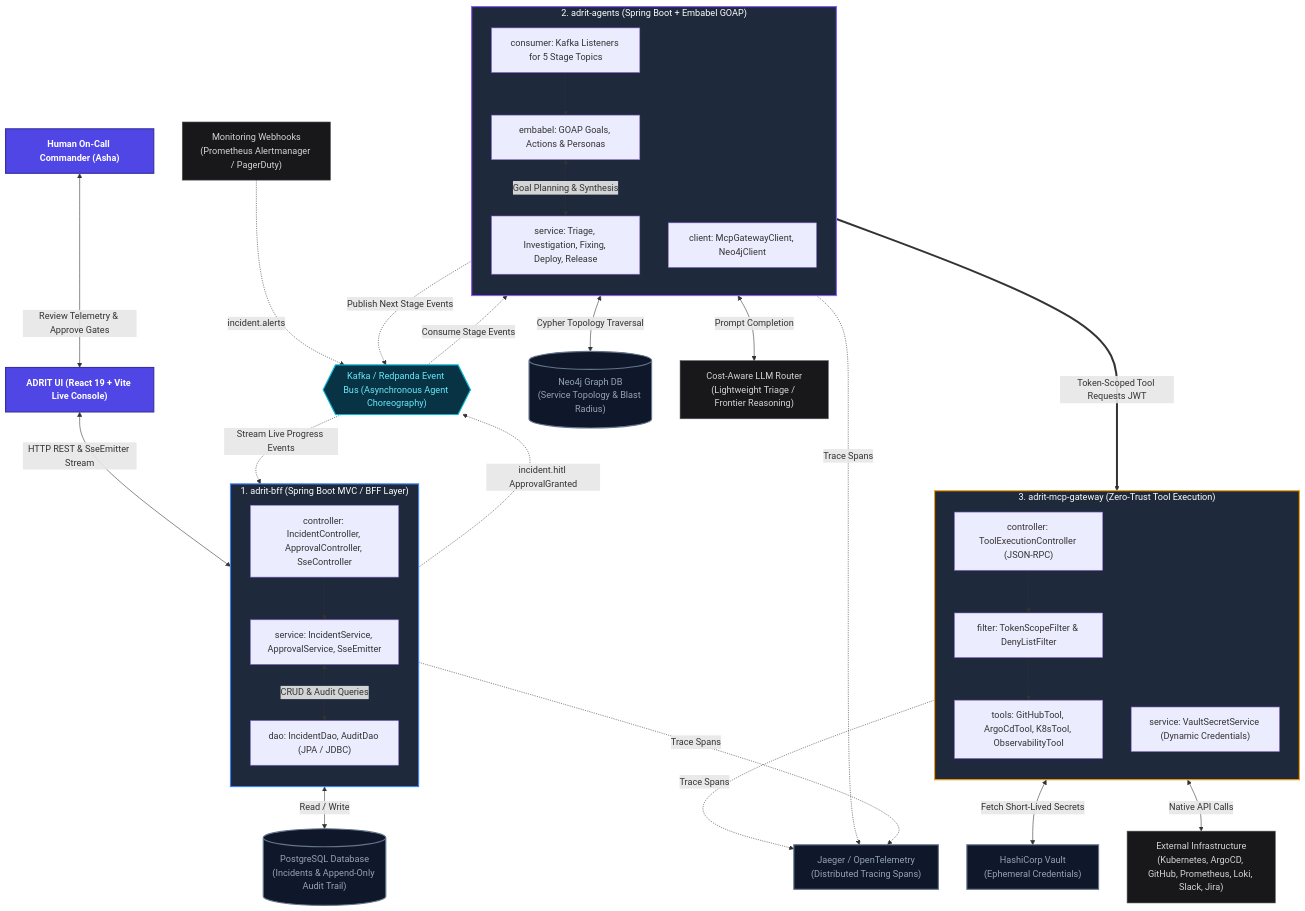
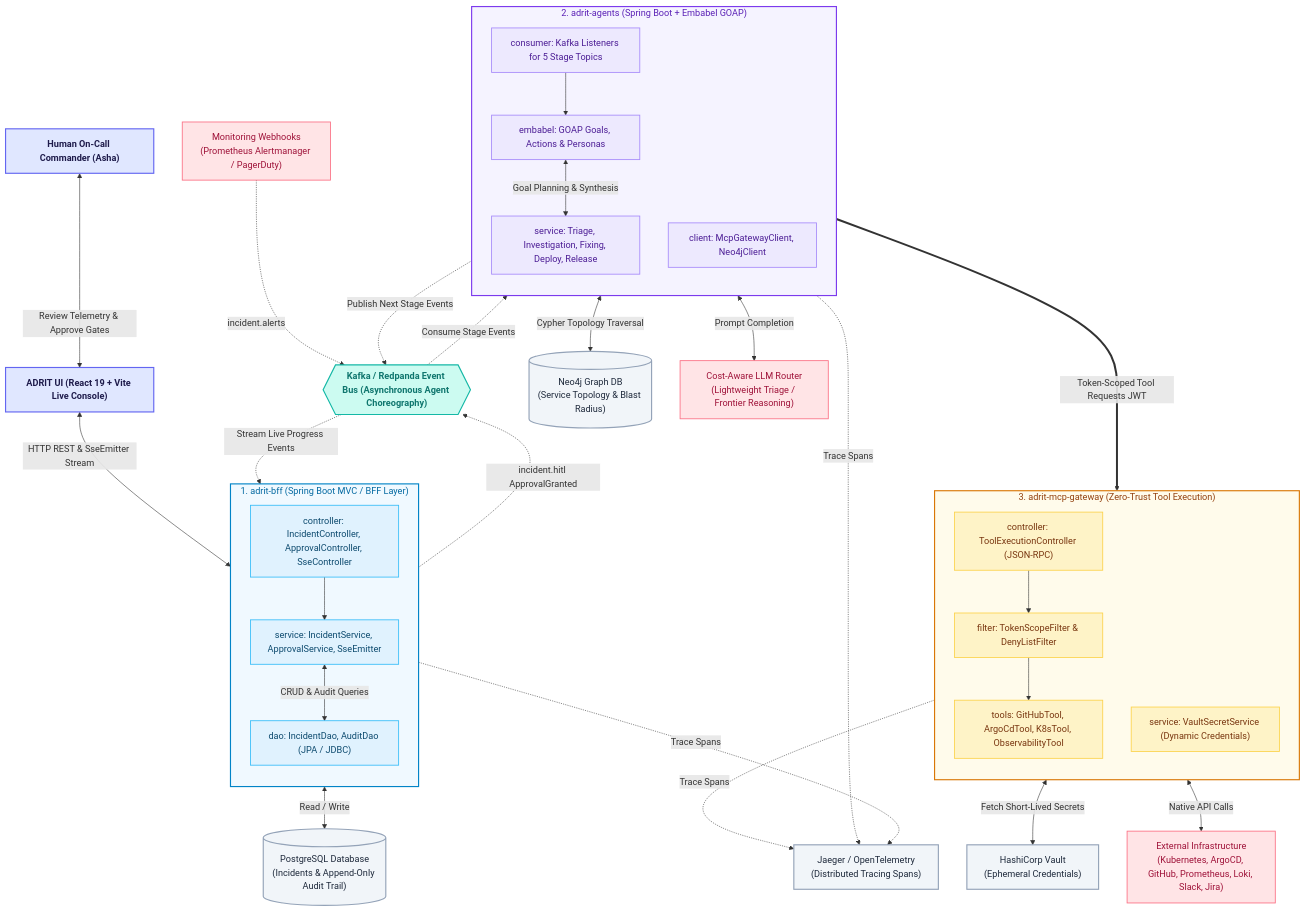
One commit to itsourav/incident-management changed the diagram in IMPLEMENTATION_PLAN.md. Above: the diagram before and after it, drawn with Mermaid.

Commit message:
style(docs): apply pastel color palette to Mermaid architecture diagram

````diff
--- a/IMPLEMENTATION_PLAN.md
+++ b/IMPLEMENTATION_PLAN.md
@@ -29,13 +29,16 @@
 ```mermaid
 flowchart TB
-    %% Styling Classes
-    classDef uiStyle fill:#4f46e5,stroke:#3730a3,stroke-width:2px,color:#ffffff,font-weight:bold
-    classDef bffStyle fill:#1e293b,stroke:#3b82f6,stroke-width:2px,color:#ffffff
-    classDef agentStyle fill:#1e293b,stroke:#8b5cf6,stroke-width:2px,color:#ffffff
-    classDef gwStyle fill:#1e293b,stroke:#f59e0b,stroke-width:2px,color:#ffffff
-    classDef dbStyle fill:#0f172a,stroke:#64748b,stroke-width:2px,color:#94a3b8
-    classDef busStyle fill:#083344,stroke:#06b6d4,stroke-width:2px,color:#67e8f9
-    classDef extStyle fill:#18181b,stroke:#52525b,stroke-width:1px,color:#d4d4d8
+    %% Pastel Styling Palette
+    classDef uiStyle fill:#E0E7FF,stroke:#6366F1,stroke-width:2px,color:#1E1B4B,font-weight:bold
+    classDef bffStyle fill:#F0F9FF,stroke:#0284C7,stroke-width:2px,color:#0369A1
+    classDef agentStyle fill:#F5F3FF,stroke:#7C3AED,stroke-width:2px,color:#5B21B6
+    classDef gwStyle fill:#FFFBEB,stroke:#D97706,stroke-width:2px,color:#92400E
+    classDef nodeBff fill:#E0F2FE,stroke:#38BDF8,stroke-width:1.5px,color:#0C4A6E
+    classDef nodeAgent fill:#EDE9FE,stroke:#A78BFA,stroke-width:1.5px,color:#4C1D95
+    classDef nodeGw fill:#FEF3C7,stroke:#FCD34D,stroke-width:1.5px,color:#78350F
+    classDef dbStyle fill:#F1F5F9,stroke:#94A3B8,stroke-width:2px,color:#1E293B
+    classDef busStyle fill:#CCFBF1,stroke:#14B8A6,stroke-width:2px,color:#0F766E,font-weight:bold
+    classDef extStyle fill:#FFE4E6,stroke:#FB7185,stroke-width:1.5px,color:#9F1239
 
     %% UI & Human
     UI["ADRIT UI (React 19 + Vite Live Console)"]:::uiStyle
@@ -44,9 +47,9 @@
     %% Service 1: adrit-bff
     subgraph BFF_SVC ["1. adrit-bff (Spring Boot MVC / BFF Layer)"]
         direction TB
-        BFF_CTRL["controller: IncidentController, ApprovalController, SseController"]
-        BFF_SRV["service: IncidentService, ApprovalService, SseEmitter"]
-        BFF_DAO["dao: IncidentDao, AuditDao (JPA / JDBC)"]
+        BFF_CTRL["controller: IncidentController, ApprovalController, SseController"]:::nodeBff
+        BFF_SRV["service: IncidentService, ApprovalService, SseEmitter"]:::nodeBff
+        BFF_DAO["dao: IncidentDao, AuditDao (JPA / JDBC)"]:::nodeBff
     end
     class BFF_SVC bffStyle
 
@@ -56,20 +59,20 @@
     %% Service 2: adrit-agents
     subgraph AGENT_SVC ["2. adrit-agents (Spring Boot + Embabel GOAP)"]
         direction TB
-        AG_CONS["consumer: Kafka Listeners for 5 Stage Topics"]
-        AG_EMBABEL["embabel: GOAP Goals, Actions & Personas"]
-        AG_SRV["service: Triage, Investigation, Fixing, Deploy, Release"]
-        AG_CLIENT["client: McpGatewayClient, Neo4jClient"]
+        AG_CONS["consumer: Kafka Listeners for 5 Stage Topics"]:::nodeAgent
+        AG_EMBABEL["embabel: GOAP Goals, Actions & Personas"]:::nodeAgent
+        AG_SRV["service: Triage, Investigation, Fixing, Deploy, Release"]:::nodeAgent
+        AG_CLIENT["client: McpGatewayClient, Neo4jClient"]:::nodeAgent
     end
     class AGENT_SVC agentStyle
 
     %% Service 3: adrit-mcp-gateway
     subgraph GW_SVC ["3. adrit-mcp-gateway (Zero-Trust Tool Execution)"]
         direction TB
-        GW_CTRL["controller: ToolExecutionController (JSON-RPC)"]
-        GW_FILT["filter: TokenScopeFilter & DenyListFilter"]
-        GW_TOOLS["tools: GitHubTool, ArgoCdTool, K8sTool, ObservabilityTool"]
-        GW_SECRETS["service: VaultSecretService (Dynamic Credentials)"]
+        GW_CTRL["controller: ToolExecutionController (JSON-RPC)"]:::nodeGw
+        GW_FILT["filter: TokenScopeFilter & DenyListFilter"]:::nodeGw
+        GW_TOOLS["tools: GitHubTool, ArgoCdTool, K8sTool, ObservabilityTool"]:::nodeGw
+        GW_SECRETS["service: VaultSecretService (Dynamic Credentials)"]:::nodeGw
     end
     class GW_SVC gwStyle
 
````
